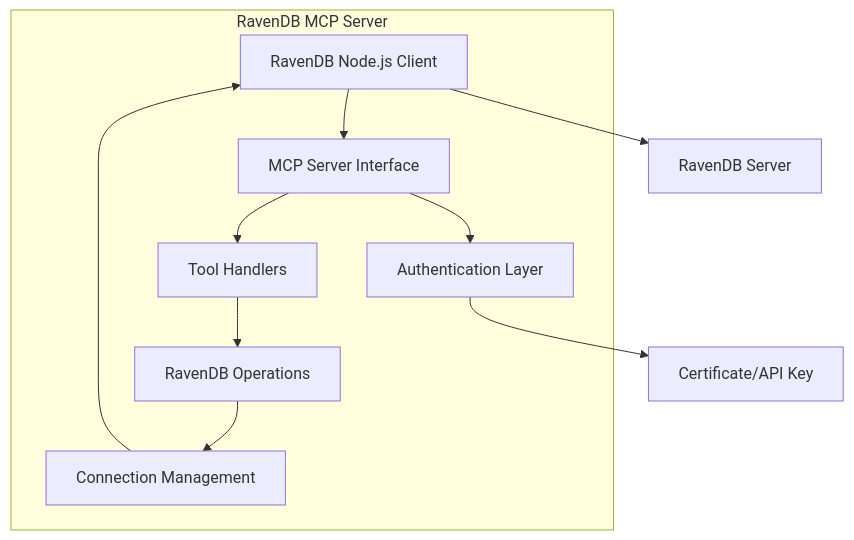
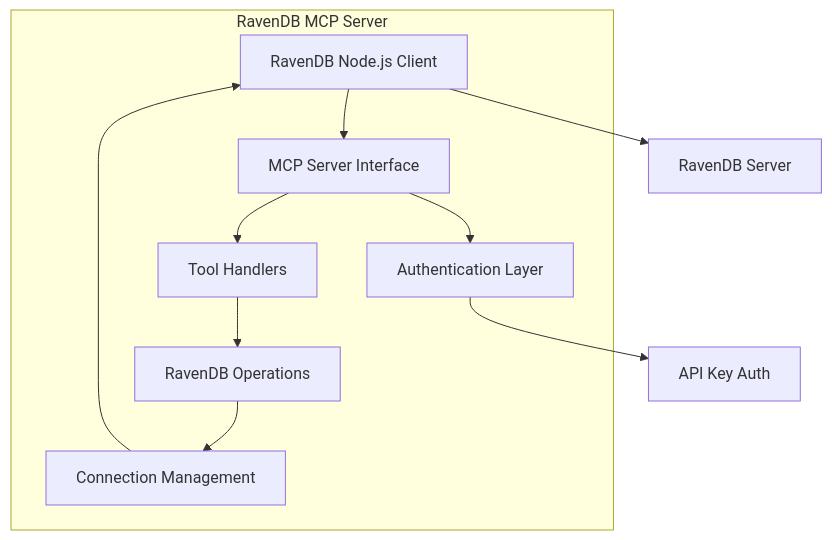
Before and after one commit to johnib/ravendb-mcp: the first of 2 diagrams in RavenDB.PRD.md, drawn with Mermaid. The commit also changed other lines of this file, not shown here.

````diff
--- a/RavenDB.PRD.md
+++ b/RavenDB.PRD.md
@@ -167,15 +189,15 @@
 ```mermaid
 flowchart TB
     Client[AI Assistant] --> MCP[MCP Server Interface]
     
     subgraph Server[RavenDB MCP Server]
         MCP --> Auth[Authentication Layer]
         MCP --> Tools[Tool Handlers]
         Tools --> Operations[RavenDB Operations]
         Operations --> Connection[Connection Management]
         Connection --> Client[RavenDB Node.js Client]
     end
     
-    Auth --> Certs[Certificate/API Key]
+    Auth --> ApiKey[API Key Auth]
     Client --> RavenDB[RavenDB Server]
 ```
````
